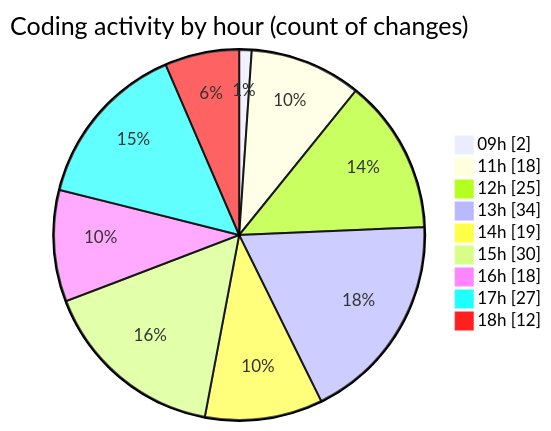
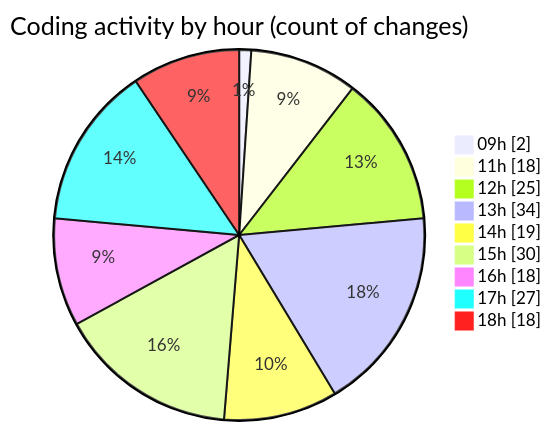
The second of 2 diagrams in 2025-06-30/cda/README.md (momahboobian/code-tracking), drawn with Mermaid before and after one commit. The commit also changed other lines of this file and 1 other file, not shown here.

````diff
--- a/2025-06-30/cda/README.md
+++ b/2025-06-30/cda/README.md
@@ -52,13 +52,13 @@
 ```mermaid
 pie showData
 title Coding activity by hour (count of changes)
 "09h" : 2
 "11h" : 18
 "12h" : 25
 "13h" : 34
 "14h" : 19
 "15h" : 30
 "16h" : 18
 "17h" : 27
-"18h" : 12
+"18h" : 18
 ```
````
